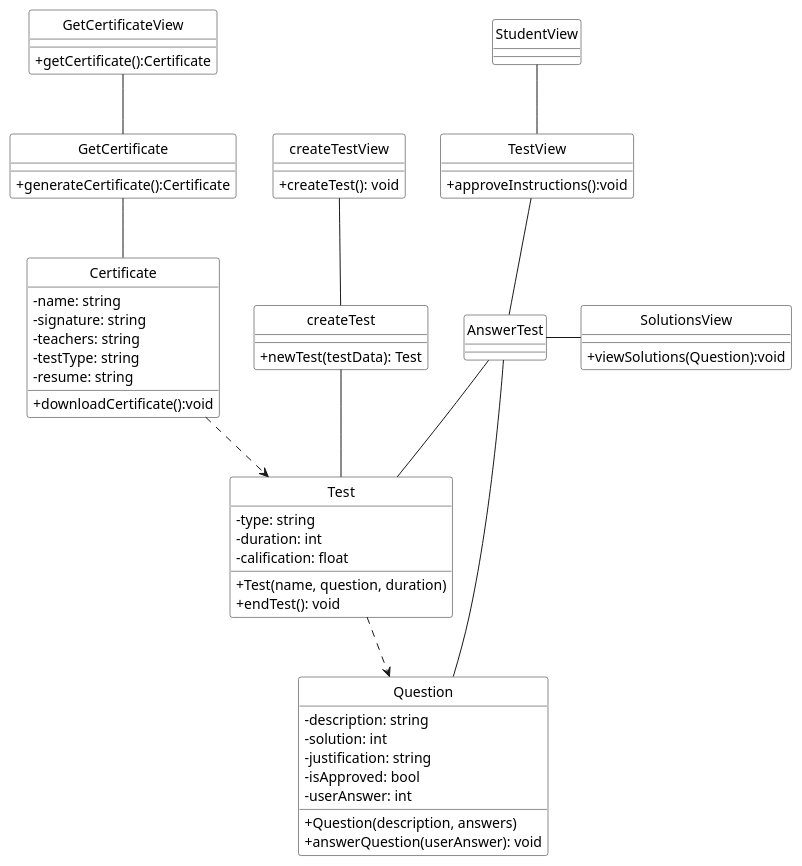
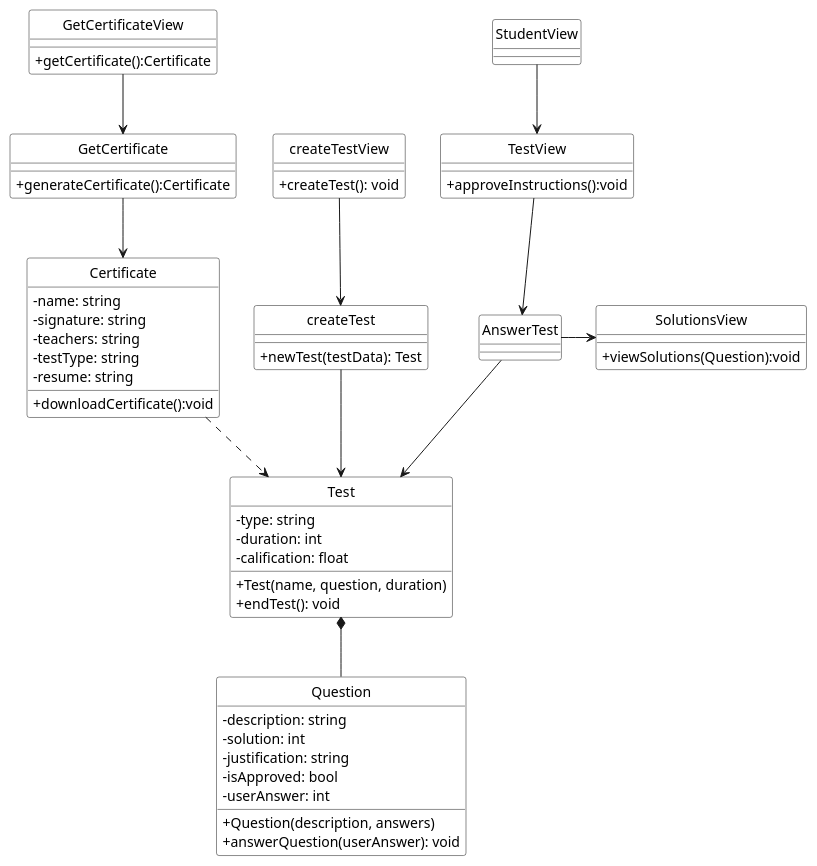
The diagram in DIAGRAMA_CLASES_ANALISIS.plantuml (MiguelCiav/Uhuru), drawn with PlantUML before and after one commit. The commit also changed 1 other file, not shown here.

Commit message:
Diagrama de clases de analisis y diagrama de paquetes

```diff
--- a/DIAGRAMA_CLASES_ANALISIS.plantuml
+++ b/DIAGRAMA_CLASES_ANALISIS.plantuml
@@ -1,81 +1,80 @@
 @startuml DIAGRAMA_CLASES
 skinparam ClassBackgroundColor white
 skinparam classAttributeIconSize 0
 hide circle
 
 class Test {
     - type: string
     - duration: int
     - calification: float
     + Test(name, question, duration)
     + endTest(): void
 }
 
 class Question{
     - description: string
     - solution: int
     - justification: string
     - isApproved: bool
     - userAnswer: int
     + Question(description, answers)
     + answerQuestion(userAnswer): void
 }
 
 class Certificate {
     - name: string
     - signature: string
     - teachers: string
     - testType: string
     - resume: string
     + downloadCertificate():void
 }
 
 class createTestView{
     + createTest(): void
 }
 
 class createTest{
     + newTest(testData): Test
 }
 
 class StudentView {
 
 }
 
 class TestView {
     + approveInstructions():void
 }
 
 class AnswerTest {
 
 }
 
 class SolutionsView {
     + viewSolutions(Question):void
 }
 
 class GetCertificateView {
     + getCertificate():Certificate
 }
 
 class GetCertificate {
     + generateCertificate():Certificate
 }
 
 ' 
-createTestView -- createTest
-createTest -- Test
-StudentView -- TestView
-TestView -- AnswerTest
-AnswerTest -r- SolutionsView
-AnswerTest -- Test 
-AnswerTest -- Question
-GetCertificateView -- GetCertificate
-GetCertificate -- Certificate
+createTestView --> createTest
+createTest --> Test
+StudentView --> TestView
+TestView --> AnswerTest
+AnswerTest -r-> SolutionsView
+AnswerTest --> Test 
+GetCertificateView --> GetCertificate
+GetCertificate --> Certificate
 
 ' Dependencias
 
 Certificate ..> Test
-Test ..> Question
+Test *-- Question
 
 @enduml
```
